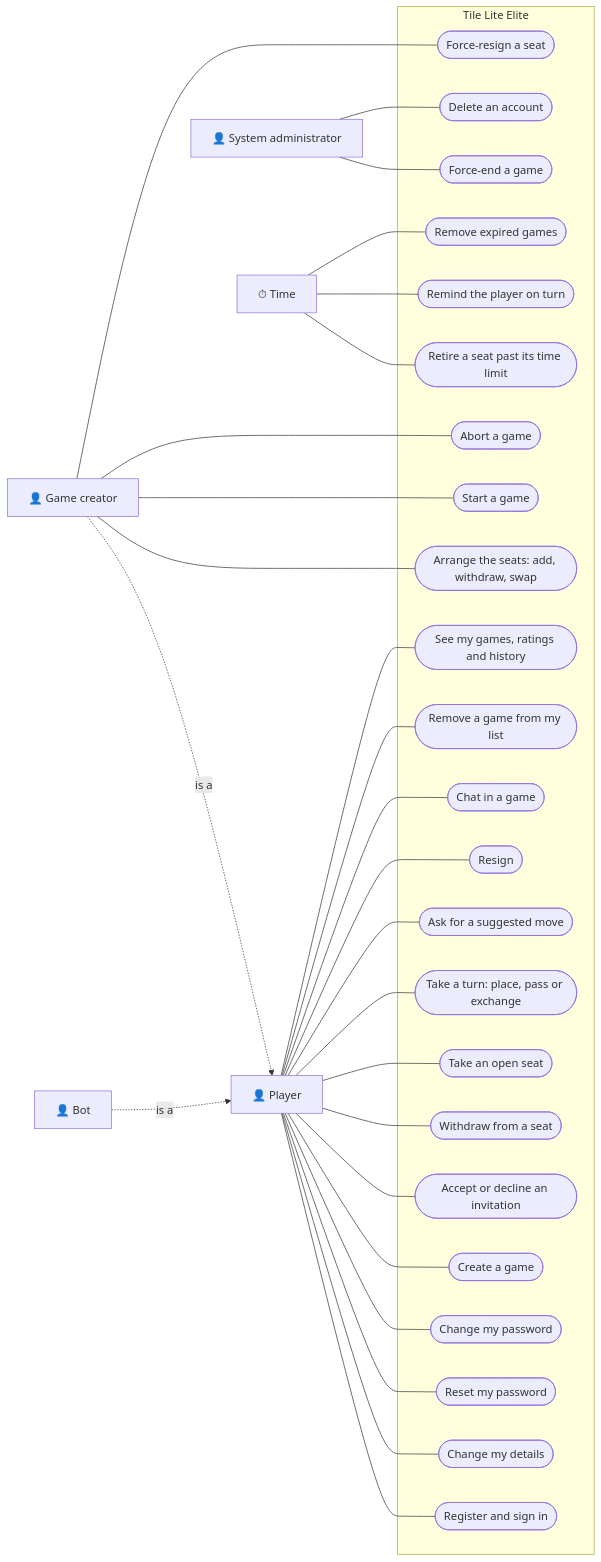
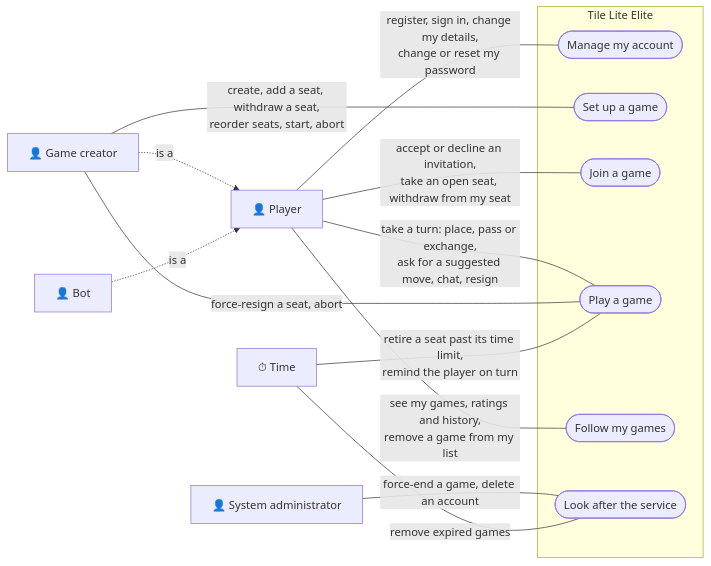
The first of 22 diagrams in docs/changes/workstreams/application-game-architecture/71-one-game-model/71-functional.md (delphside/programme), drawn with Mermaid before and after one commit. The commit also changed other lines of this file, not shown here.

Commit message:
app 0.9.2 api 2.16: 71: use cases are goals, actions are the labelled lines to them
Owner, 2026-10-15: the ovals held actions rather than use cases. Six
use cases now (manage my account, set up, join, play, follow my games,
look after the service), each action a labelled line from its actor.

Refs #71

Claude-Session: https://claude.ai/code/session_013RrHRzWMEwTePZNqMB1VMr

````diff
--- a/docs/changes/workstreams/application-game-architecture/71-one-game-model/71-functional.md
+++ b/docs/changes/workstreams/application-game-architecture/71-one-game-model/71-functional.md
@@ -23,61 +26,30 @@
 ```mermaid
 flowchart LR
   player["👤 Player"]
   creator["👤 Game creator"]
   bot["👤 Bot"]
   admin["👤 System administrator"]
   time["⏱ Time"]
 
   creator -. "is a" .-> player
   bot -. "is a" .-> player
 
   subgraph service["Tile Lite Elite"]
-    register(["Register and sign in"])
-    details(["Change my details"])
-    reset(["Reset my password"])
-    password(["Change my password"])
-    create(["Create a game"])
-    roster(["Arrange the seats: add, withdraw, swap"])
-    withdraw(["Withdraw from a seat"])
-    start(["Start a game"])
-    abort(["Abort a game"])
-    forceresign(["Force-resign a seat"])
-    answer(["Accept or decline an invitation"])
-    open(["Take an open seat"])
-    turn(["Take a turn: place, pass or exchange"])
-    suggest(["Ask for a suggested move"])
-    resign(["Resign"])
-    chat(["Chat in a game"])
-    hide(["Remove a game from my list"])
-    history(["See my games, ratings and history"])
-    forceend(["Force-end a game"])
-    delete(["Delete an account"])
-    retire(["Retire a seat past its time limit"])
-    remind(["Remind the player on turn"])
-    expire(["Remove expired games"])
+    account(["Manage my account"])
+    setup(["Set up a game"])
+    join(["Join a game"])
+    play(["Play a game"])
+    follow(["Follow my games"])
+    administer(["Look after the service"])
   end
 
-  player --- register
-  player --- details
-  player --- reset
-  player --- password
-  player --- create
-  player --- answer
-  player --- withdraw
-  player --- open
-  player --- turn
-  player --- suggest
-  player --- resign
-  player --- chat
-  player --- hide
-  player --- history
-  creator --- roster
-  creator --- start
-  creator --- abort
-  creator --- forceresign
-  admin --- forceend
-  admin --- delete
-  time --- retire
-  time --- remind
-  time --- expire
+  player -- "register, sign in, change my details,<br/>change or reset my password" --- account
+  creator -- "create, add a seat, withdraw a seat,<br/>reorder seats, start, abort" --- setup
+  player -- "accept or decline an invitation,<br/>take an open seat, withdraw from my seat" --- join
+  player -- "take a turn: place, pass or exchange,<br/>ask for a suggested move, chat, resign" --- play
+  creator -- "force-resign a seat, abort" --- play
+  time -- "retire a seat past its time limit,<br/>remind the player on turn" --- play
+  player -- "see my games, ratings and history,<br/>remove a game from my list" --- follow
+  admin -- "force-end a game, delete an account" --- administer
+  time -- "remove expired games" --- administer
 ```
````
